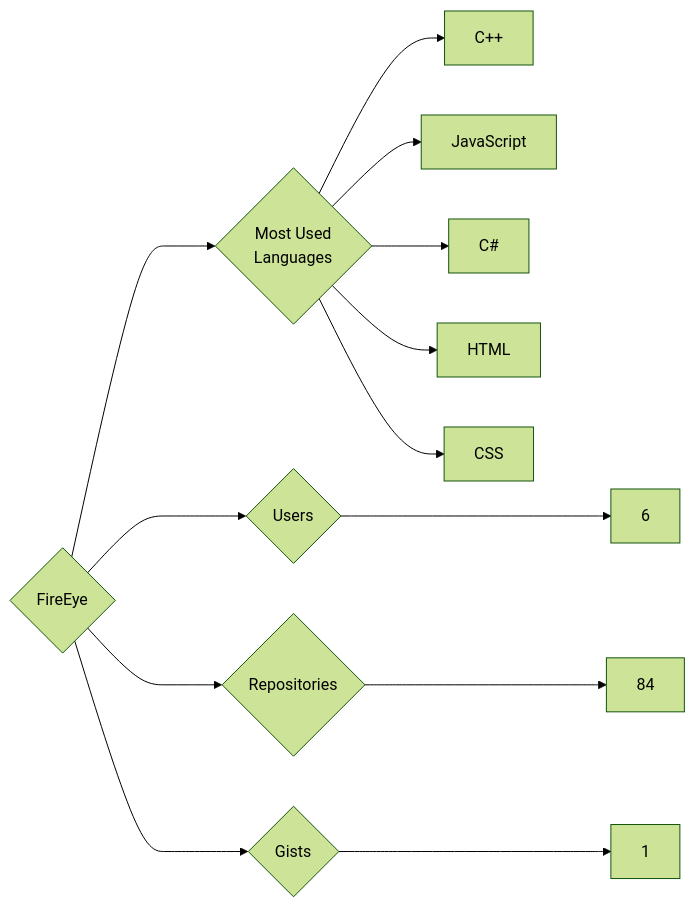
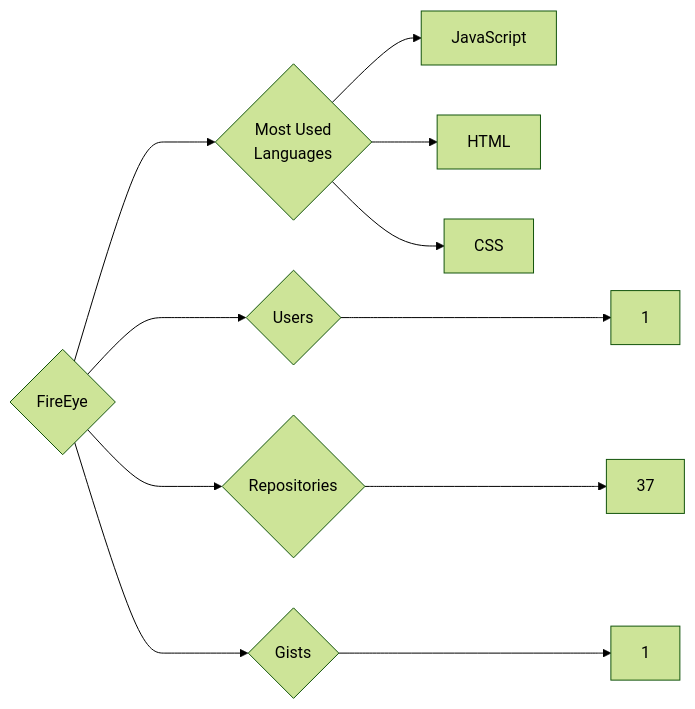
One commit to trickest/insiders changed the diagram in targets/FireEye/README.md. Above: the diagram before and after it, drawn with Mermaid (forest theme). The commit also changed 776 other files, not shown here.

````diff
--- a/targets/FireEye/README.md
+++ b/targets/FireEye/README.md
@@ -3,13 +3,11 @@
 ```mermaid
 graph LR
 COMPANY_NAME{FireEye}
-COMPANY_NAME ---> U{Users} ---> UN[6]
-COMPANY_NAME ---> R{Repositories} ---> RN[84]
+COMPANY_NAME ---> U{Users} ---> UN[1]
+COMPANY_NAME ---> R{Repositories} ---> RN[37]
 COMPANY_NAME ---> G{Gists} ---> GN[1]
 COMPANY_NAME ---> ML{Most Used<br>Languages}
-ML --> C++[C++]
 ML --> JavaScript[JavaScript]
-ML --> C#[C#]
 ML --> HTML[HTML]
 ML --> CSS[CSS]
 ```
````
